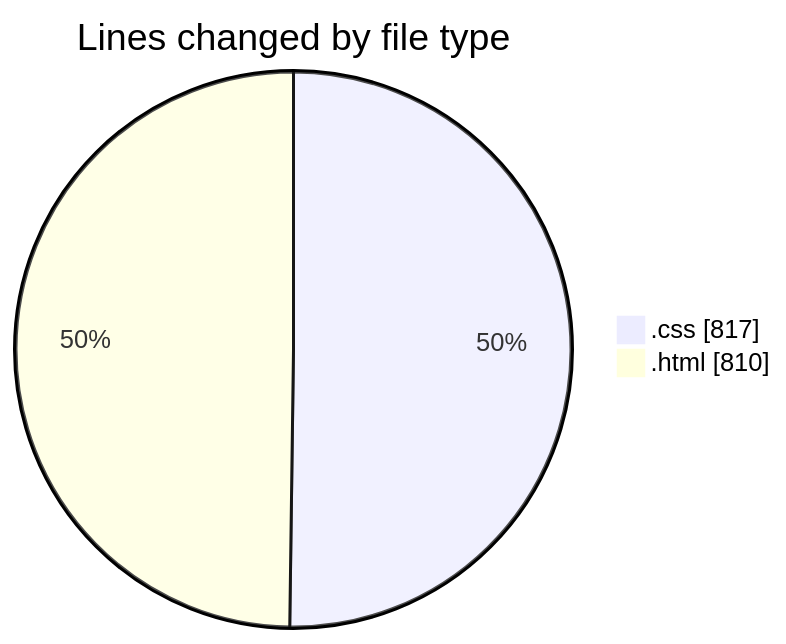
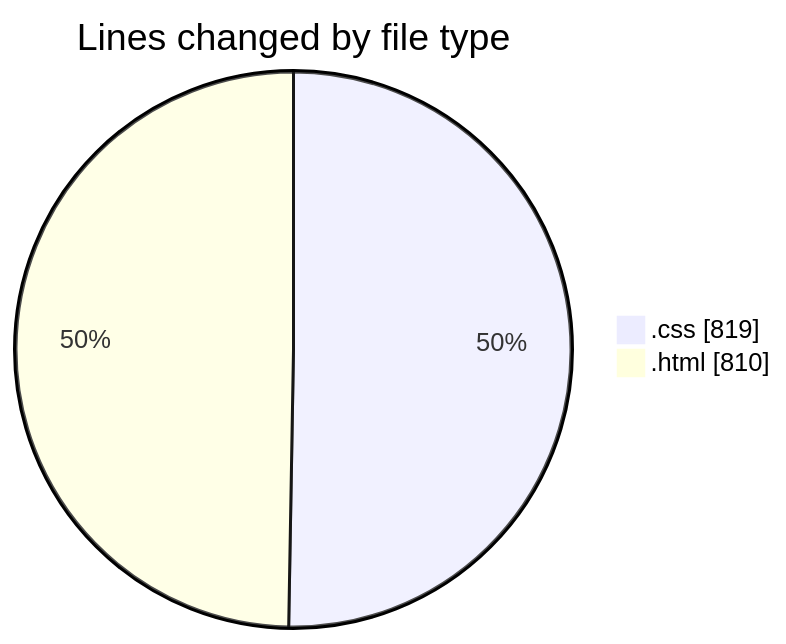
One commit to igalym/code-tracking changed the first of 2 diagrams in 2025-12-30/budget_front_nest/README.md. Above: the diagram before and after it, drawn with Mermaid. The commit also changed other lines of this file and 1 other file, not shown here.

````diff
--- a/2025-12-30/budget_front_nest/README.md
+++ b/2025-12-30/budget_front_nest/README.md
@@ -26,6 +26,6 @@
 ```mermaid
 pie showData
 title Lines changed by file type
-".css" : 817
+".css" : 819
 ".html" : 810
 ```
````
